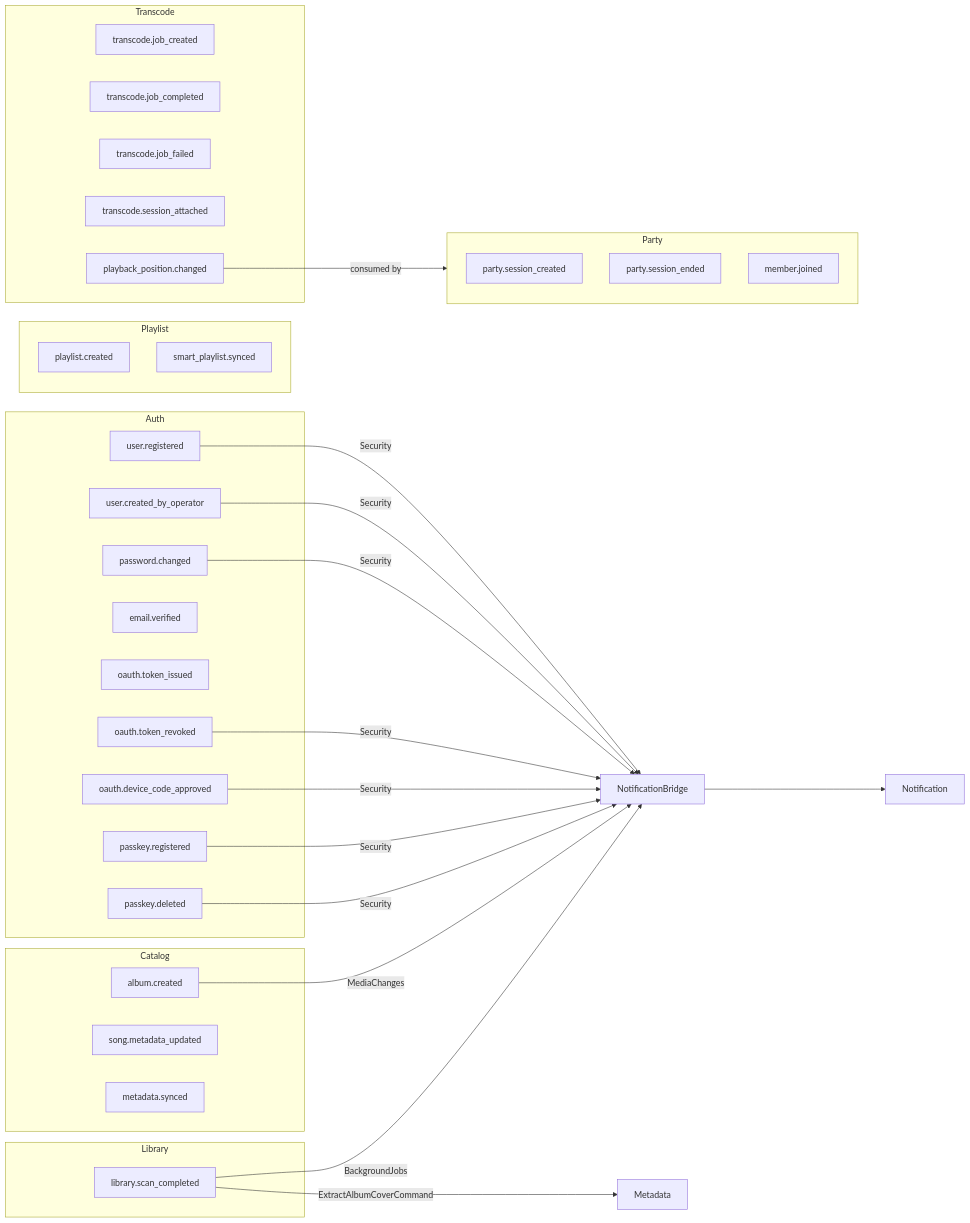
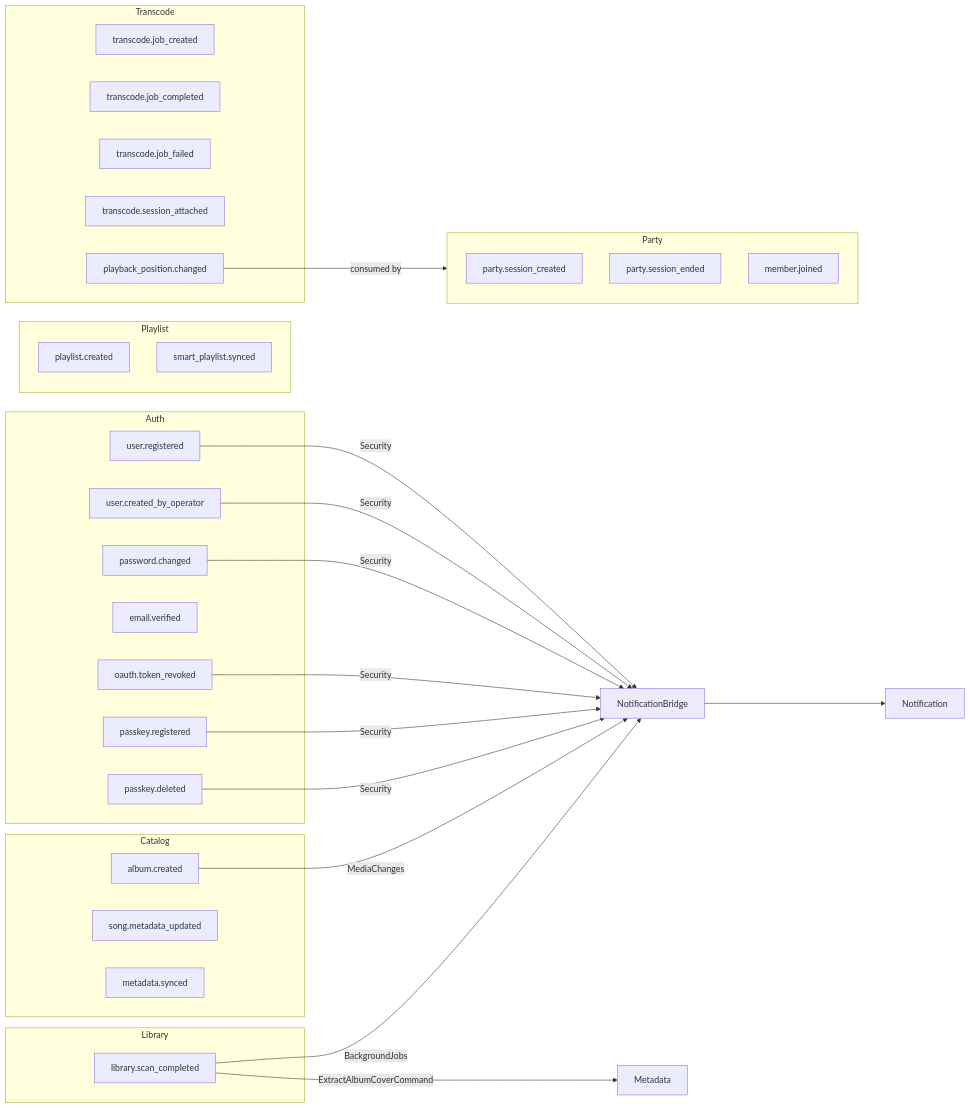
One commit to baander-app/baander changed the second of 5 diagrams in dev-docs/context-map.md. Above: the diagram before and after it, drawn with Mermaid. The commit also changed other lines of this file and 87 other files, not shown here.

````diff
--- a/dev-docs/context-map.md
+++ b/dev-docs/context-map.md
@@ -304,64 +304,61 @@
 ```mermaid
 graph LR
     subgraph Auth
         A1["user.registered"]
         A2["user.created_by_operator"]
         A3["password.changed"]
         A4["email.verified"]
-        A5["oauth.token_issued"]
-        A6["oauth.token_revoked"]
-        A7["oauth.device_code_approved"]
-        A8["passkey.registered"]
-        A9["passkey.deleted"]
+        A5["oauth.token_revoked"]
+        A6["passkey.registered"]
+        A7["passkey.deleted"]
     end
 
     subgraph Catalog
         C1["album.created"]
         C2["song.metadata_updated"]
         C3["metadata.synced"]
     end
 
     subgraph Library
         L1["library.scan_completed"]
     end
 
     subgraph Party
         P1["party.session_created"]
         P2["party.session_ended"]
         P3["member.joined"]
     end
 
     subgraph Playlist
         PL1["playlist.created"]
         PL2["smart_playlist.synced"]
     end
 
     subgraph Transcode
         T1["transcode.job_created"]
         T2["transcode.job_completed"]
         T3["transcode.job_failed"]
         T4["transcode.session_attached"]
         T5["playback_position.changed"]
     end
 
     Bridge["NotificationBridge"]
     N["Notification"]
     M["Metadata"]
 
     A1 -->|"Security"| Bridge
     A2 -->|"Security"| Bridge
     A3 -->|"Security"| Bridge
+    A5 -->|"Security"| Bridge
     A6 -->|"Security"| Bridge
     A7 -->|"Security"| Bridge
-    A8 -->|"Security"| Bridge
-    A9 -->|"Security"| Bridge
 
     C1 -->|"MediaChanges"| Bridge
 
     L1 -->|"BackgroundJobs"| Bridge
     L1 -->|"ExtractAlbumCoverCommand"| M
 
     T5 -->|"consumed by"| Party
 
     Bridge --> N
 ```
````
